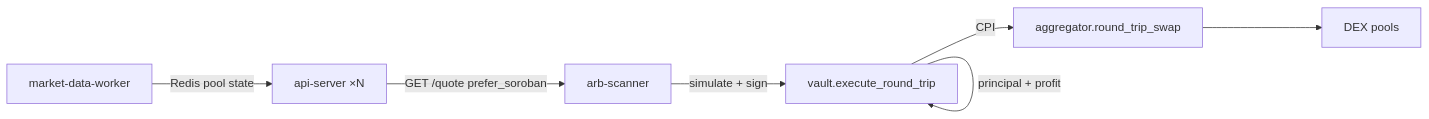
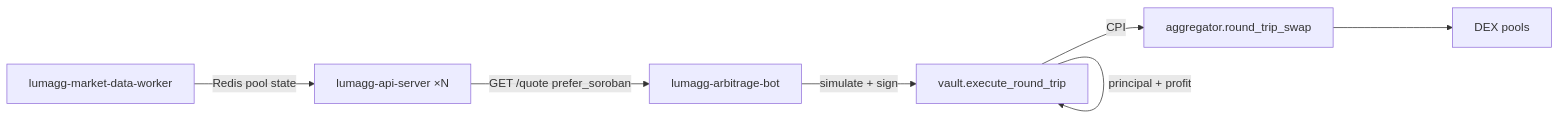
Before and after one commit to Lum-Agg/stellar-dex-agg: the fourth of 4 diagrams in README.md, drawn with Mermaid. The commit also changed other lines of this file and 30 other files, not shown here.

````diff
--- a/README.md
+++ b/README.md
@@ -179,9 +179,9 @@
 ```mermaid
 flowchart LR
-  W[market-data-worker] -->|Redis pool state| Q[api-server ×N]
-  Q -->|GET /quote prefer_soroban| S[arb-scanner]
+  W[lumagg-market-data-worker] -->|Redis pool state| Q[lumagg-api-server ×N]
+  Q -->|GET /quote prefer_soroban| S[lumagg-arbitrage-bot]
   S -->|simulate + sign| V[vault.execute_round_trip]
   V -->|CPI| A[aggregator.round_trip_swap]
   A --> D[DEX pools]
   V -->|principal + profit| V
 ```
````
